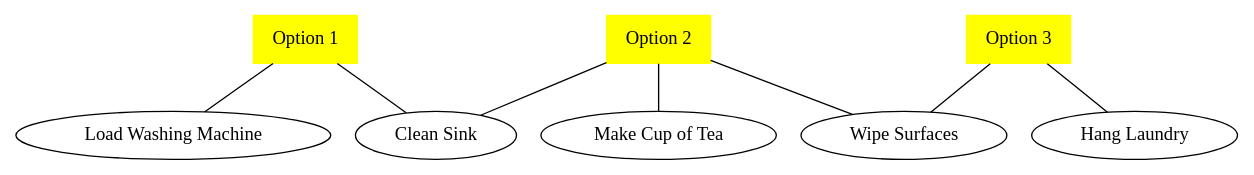
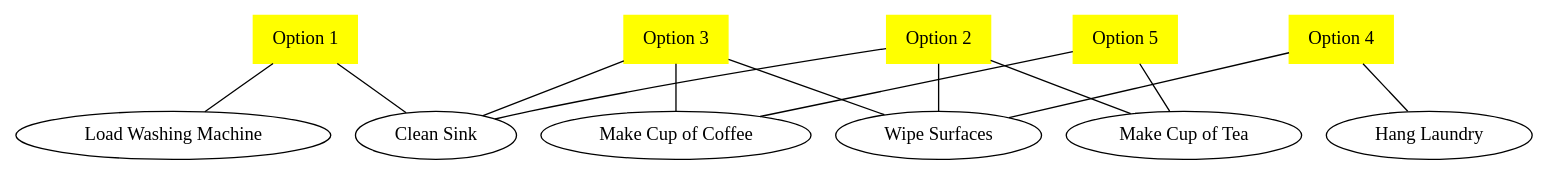
One commit to annwyl21/recursion changed the diagram in outfile.gv. Above: the diagram before and after it, drawn with Graphviz. The commit also changed 3 other files, not shown here.

```diff
--- a/outfile.gv
+++ b/outfile.gv
@@ -1,12 +1,19 @@
 graph G {
 	"Option 1" [color=yellow, style=filled, shape=rectangle]
 	"Option 2" [color=yellow, style=filled, shape=rectangle]
 	"Option 3" [color=yellow, style=filled, shape=rectangle]
+	"Option 4" [color=yellow, style=filled, shape=rectangle]
+	"Option 5" [color=yellow, style=filled, shape=rectangle]
 	"Option 1" -- "Load Washing Machine"
 	"Option 1" -- "Clean Sink"
 	"Option 2" -- "Clean Sink"
 	"Option 2" -- "Wipe Surfaces"
 	"Option 2" -- "Make Cup of Tea"
-	"Option 3" -- "Hang Laundry"
+	"Option 3" -- "Clean Sink"
 	"Option 3" -- "Wipe Surfaces"
+	"Option 3" -- "Make Cup of Coffee"
+	"Option 4" -- "Hang Laundry"
+	"Option 4" -- "Wipe Surfaces"
+	"Option 5" -- "Make Cup of Tea"
+	"Option 5" -- "Make Cup of Coffee"
 }
```
